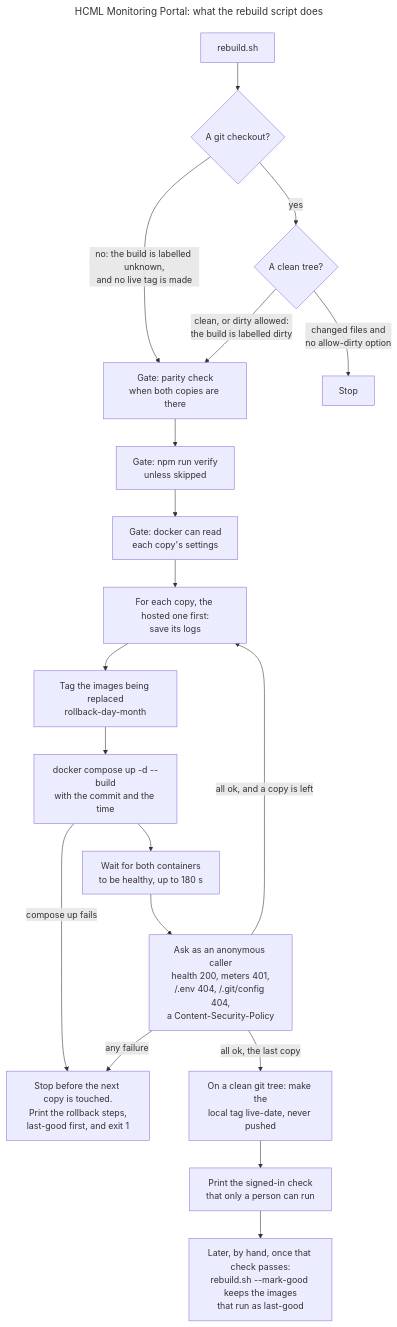
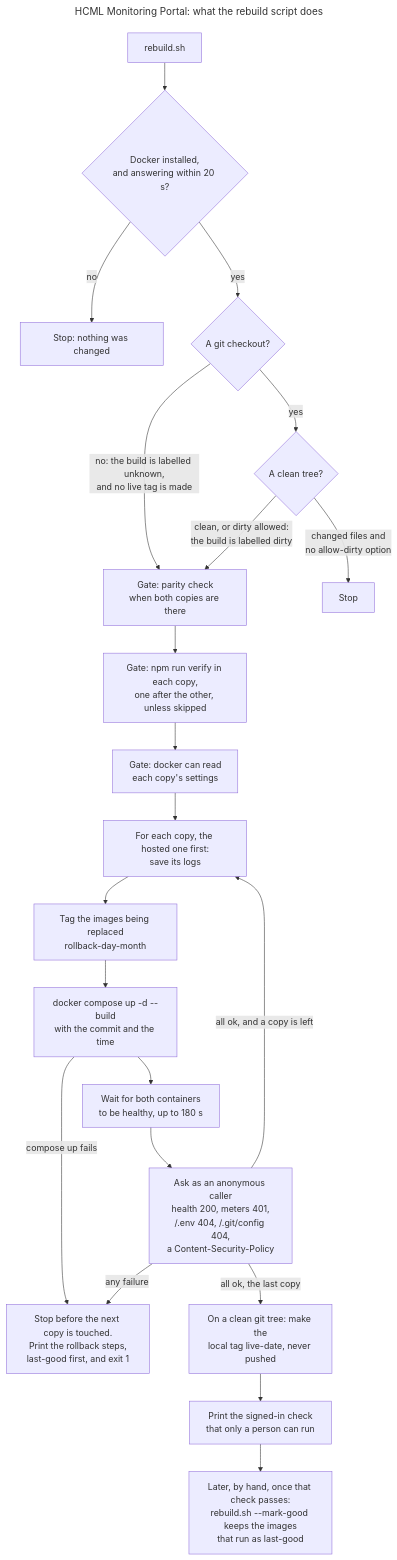
The diagram in docs/handover/diagrams/rebuild-flow.mmd (Fxkra28/Dashboard-Zabbix-Prototype-Local_LLM), drawn with Mermaid before and after one commit. The commit also changed 345 other files, not shown here.

```diff
--- a/docs/handover/diagrams/rebuild-flow.mmd
+++ b/docs/handover/diagrams/rebuild-flow.mmd
@@ -1,26 +1,28 @@
 ---
 title: "HCML Monitoring Portal: what the rebuild script does"
 ---
 flowchart TD
     %% deploy/rebuild.sh, in the order it runs. Start with the dry-run option: it prints every command and runs none.
     %% A folder with no git is built too (labelled unknown, no live tag). The script never marks last-good itself: that is the separate --mark-good run.
 
-    A["rebuild.sh"] --> B{"A git checkout?"}
+    A["rebuild.sh"] --> Z{"Docker installed,<br/>and answering within 20 s?"}
+    Z -->|"no"| Y["Stop: nothing was changed"]
+    Z -->|"yes"| B{"A git checkout?"}
     B -->|"no: the build is labelled unknown,<br/>and no live tag is made"| C
     B -->|"yes"| B2{"A clean tree?"}
     B2 -->|"changed files and<br/>no allow-dirty option"| X["Stop"]
     B2 -->|"clean, or dirty allowed:<br/>the build is labelled dirty"| C["Gate: parity check<br/>when both copies are there"]
-    C --> D["Gate: npm run verify<br/>unless skipped"]
+    C --> D["Gate: npm run verify in each copy,<br/>one after the other, unless skipped"]
     D --> E["Gate: docker can read<br/>each copy's settings"]
     E --> S["For each copy, the hosted one first:<br/>save its logs"]
     S --> F["Tag the images being replaced<br/>rollback-day-month"]
     F --> G["docker compose up -d --build<br/>with the commit and the time"]
     G -->|"compose up fails"| K
     G --> H["Wait for both containers<br/>to be healthy, up to 180 s"]
     H --> I["Ask as an anonymous caller<br/>health 200, meters 401,<br/>/.env 404, /.git/config 404,<br/>a Content-Security-Policy"]
     I -->|"any failure"| K["Stop before the next copy is touched.<br/>Print the rollback steps,<br/>last-good first, and exit 1"]
     I -->|"all ok, and a copy is left"| S
     I -->|"all ok, the last copy"| J["On a clean git tree: make the<br/>local tag live-date, never pushed"]
     J --> L["Print the signed-in check<br/>that only a person can run"]
     L --> M["Later, by hand, once that check passes:<br/>rebuild.sh --mark-good keeps the images<br/>that run as last-good"]
-%% source-hash: ea8747acaf97
+%% source-hash: 5bad59fc872a
```
